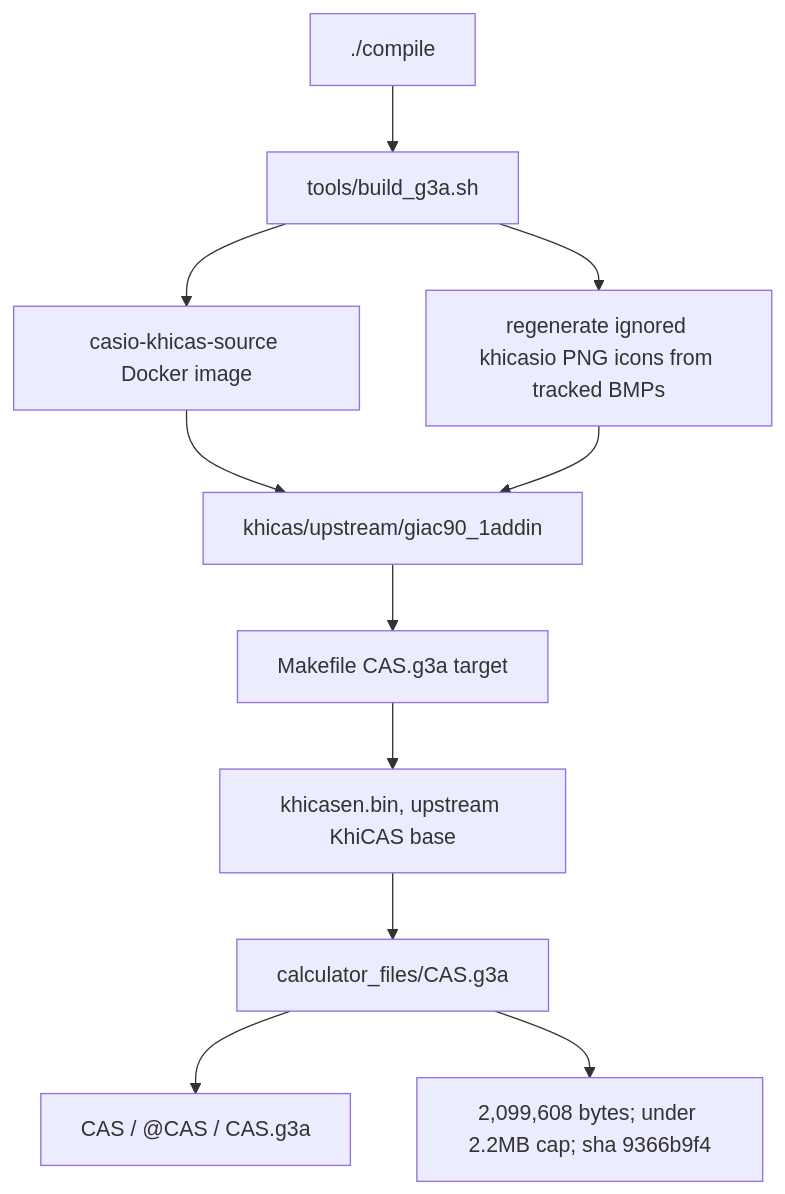
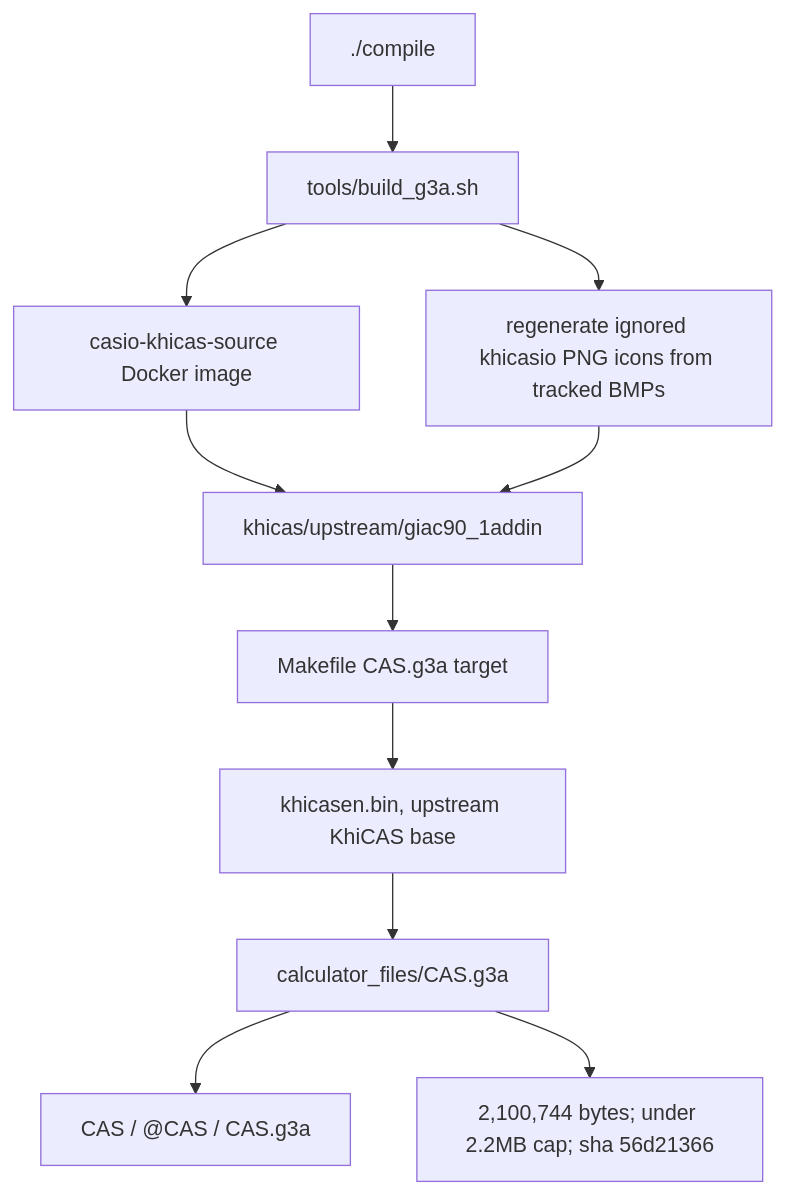
The first of 6 diagrams in docs/GRAPH.md (james8464/notes-addin-casio-fx-cg50), drawn with Mermaid before and after one commit. The commit also changed other lines of this file and 3 other files, not shown here.

````diff
--- a/docs/GRAPH.md
+++ b/docs/GRAPH.md
@@ -7,13 +7,13 @@
 ```mermaid
 graph TD
   Compile["./compile"] --> Build["tools/build_g3a.sh"]
   Build --> Docker["casio-khicas-source Docker image"]
   Docker --> Src["khicas/upstream/giac90_1addin"]
   Build --> Icons["regenerate ignored khicasio PNG icons from tracked BMPs"]
   Icons --> Src
   Src --> Make["Makefile CAS.g3a target"]
   Make --> Bin["khicasen.bin, upstream KhiCAS base"]
   Bin --> G3A["calculator_files/CAS.g3a"]
   G3A --> Meta["CAS / @CAS / CAS.g3a"]
-  G3A --> Size["2,099,608 bytes; under 2.2MB cap; sha 9366b9f4"]
+  G3A --> Size["2,100,744 bytes; under 2.2MB cap; sha 56d21366"]
 ```
````
